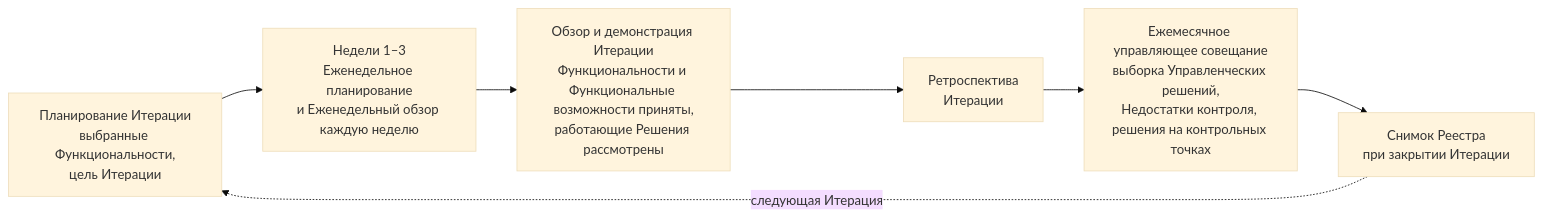
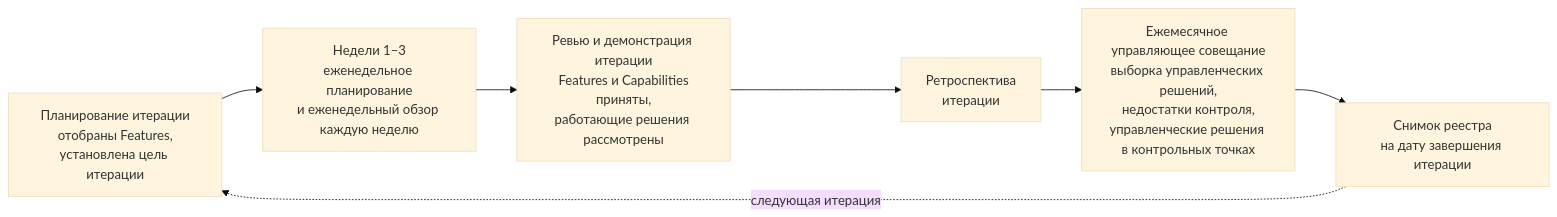
The third of 4 diagrams in charter/ru/guides/cadence-guide.md (devhogu/ob-aicc), drawn with Mermaid (base theme) before and after one commit. The commit also changed other lines of this file and 6 other files, not shown here.

````diff
--- a/charter/ru/guides/cadence-guide.md
+++ b/charter/ru/guides/cadence-guide.md
@@ -86,9 +86,9 @@
 ```mermaid
 flowchart LR
-  IP["Планирование Итерации<br/>выбранные Функциональности,<br/>цель Итерации"] --> WK["Недели 1–3<br/>Еженедельное планирование<br/>и Еженедельный обзор каждую неделю"]
-  WK --> RD["Обзор и демонстрация Итерации<br/>Функциональности и Функциональные возможности приняты,<br/>работающие Решения рассмотрены"]
-  RD --> RT["Ретроспектива<br/>Итерации"]
-  RT --> MS["Ежемесячное управляющее совещание<br/>выборка Управленческих решений,<br/>Недостатки контроля, решения на контрольных точках"]
-  MS --> SN["Снимок Реестра<br/>при закрытии Итерации"]
-  SN -.->|"следующая Итерация"| IP
+  IP["Планирование итерации<br/>отобраны Features,<br/>установлена цель итерации"] --> WK["Недели 1–3<br/>еженедельное планирование<br/>и еженедельный обзор каждую неделю"]
+  WK --> RD["Ревью и демонстрация итерации<br/>Features и Capabilities<br/>приняты,<br/>работающие решения рассмотрены"]
+  RD --> RT["Ретроспектива<br/>итерации"]
+  RT --> MS["Ежемесячное управляющее совещание<br/>выборка управленческих решений,<br/>недостатки контроля,<br/>управленческие решения в контрольных точках"]
+  MS --> SN["Снимок реестра<br/>на дату завершения итерации"]
+  SN -.->|"следующая итерация"| IP
 ```
````
